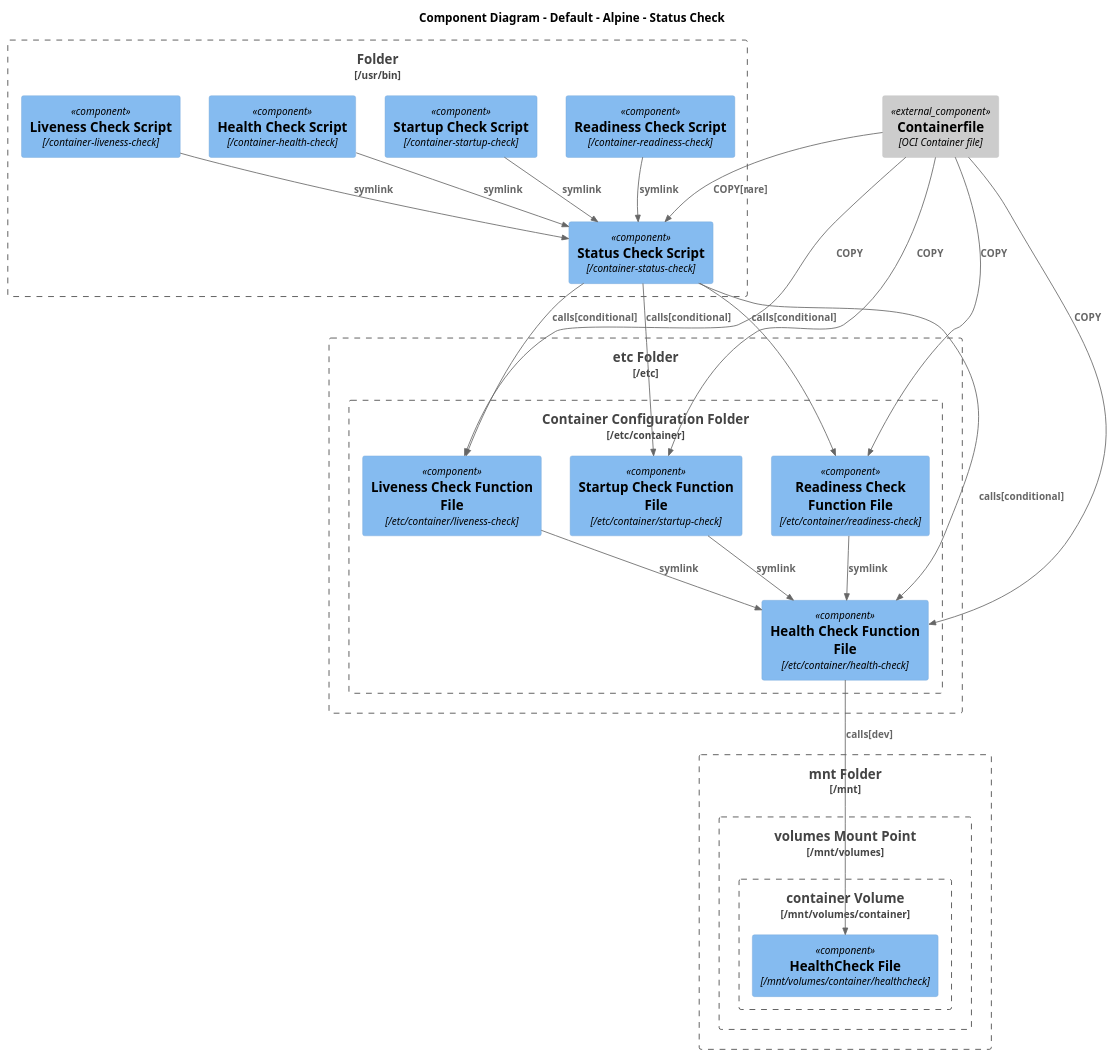
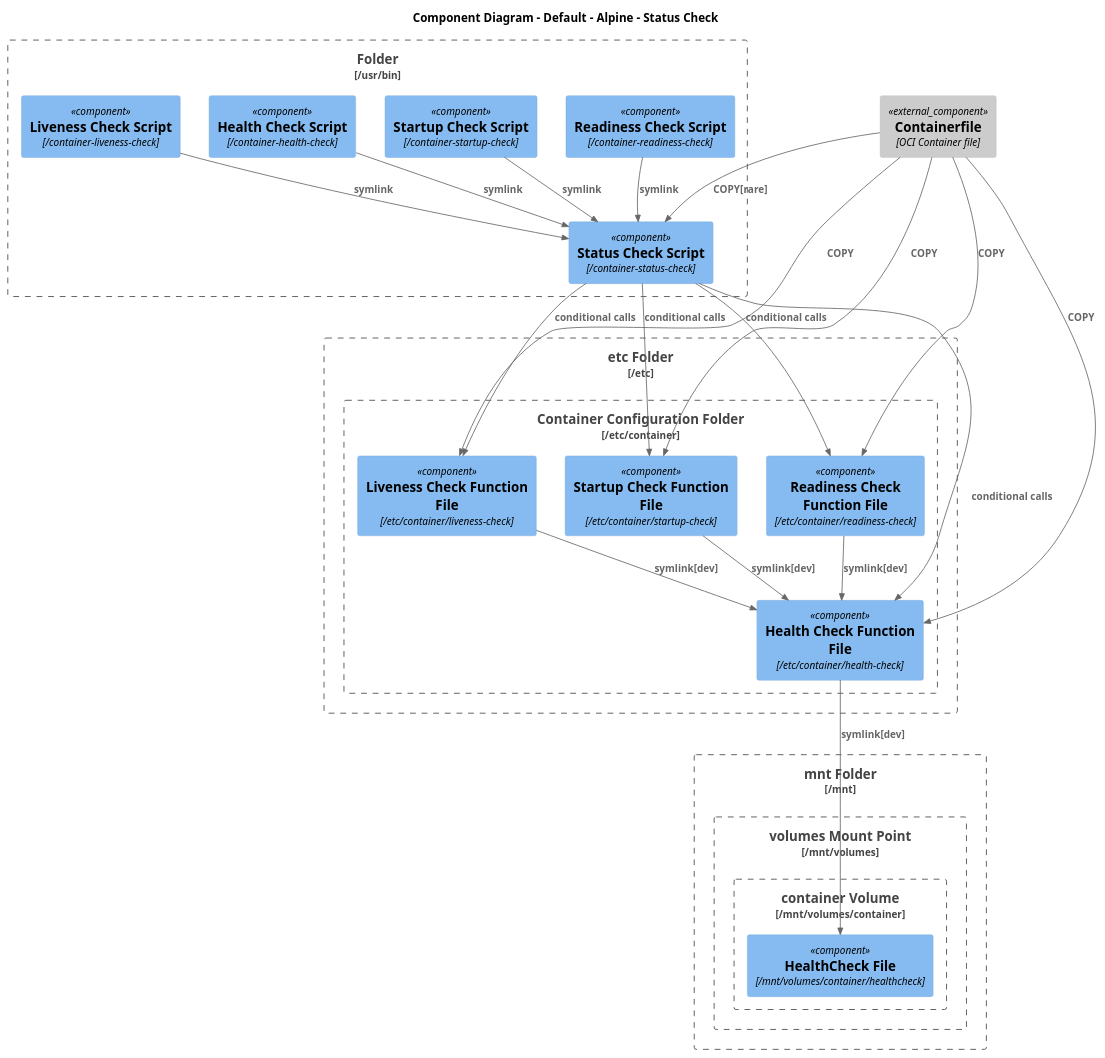
One commit to gautada/alpine changed the second of 4 diagrams in architecture.puml. Above: the diagram before and after it, drawn with PlantUML. The commit also changed other lines of this file and 14 other files, not shown here.

```diff
--- a/architecture.puml
+++ b/architecture.puml
@@ -74,60 +73,58 @@
 @startuml COMPONENT_CONTAINER_STATUS
 !include <C4/C4.puml>
 !include <C4/C4_Context.puml>
 !include <C4/C4_Container.puml>
 !include <C4/C4_Component.puml>
 !include <C4/C4_Dynamic.puml>
 !include <C4/C4_Deployment.puml>
 
 title "Component Diagram - Default - Alpine - Status Check"
 
 Component_Ext("containerfile", "Containerfile", "OCI Container file")
 
 Boundary("etc", "etc Folder", "/etc") {
  Boundary("container_configuration", "Container Configuration Folder", "/etc/container") {
   Component("health_check", "Health Check Function File", "/etc/container/health-check")
   Component("liveness_check", "Liveness Check Function File", "/etc/container/liveness-check")
   Component("readiness_check", "Readiness Check Function File", "/etc/container/readiness-check")
   Component("startup_check", "Startup Check Function File", "/etc/container/startup-check")
  }
 }
-Rel("startup_check", "health_check", "symlink")
-Rel("readiness_check", "health_check", "symlink")
-Rel("liveness_check", "health_check", "symlink")
+Rel("startup_check", "health_check", "symlink[dev]")
+Rel("readiness_check", "health_check", "symlink[dev]")
+Rel("liveness_check", "health_check", "symlink[dev]")
 
 Rel("containerfile", "health_check", "COPY")
 Rel("containerfile", "liveness_check", "COPY")
 Rel("containerfile", "readiness_check", "COPY")
 Rel("containerfile", "startup_check", "COPY")
 
 Boundary("scripts", "Folder", "/usr/bin") {
  Component("container_status_check", "Status Check Script", "/container-status-check")
  Component("container_health_check", "Health Check Script", "/container-health-check")
  Component("container_liveness_check", "Liveness Check Script", "/container-liveness-check")
  Component("container_readiness_check", "Readiness Check Script", "/container-readiness-check")
  Component("container_startup_check", "Startup Check Script", "/container-startup-check")
 }
 
 Rel("container_health_check", "container_status_check", "symlink")
 Rel("container_liveness_check", "container_status_check", "symlink")
 Rel("container_readiness_check", "container_status_check", "symlink")
 Rel("container_startup_check", "container_status_check", "symlink")
 
-Rel("container_status_check", "health_check", "calls[conditional]")
-Rel("container_status_check", "liveness_check", "calls[conditional]")
-Rel("container_status_check", "readiness_check", "calls[conditional]")
-Rel("container_status_check", "startup_check", "calls[conditional]")
+Rel("container_status_check", "health_check", "conditional calls")
+Rel("container_status_check", "liveness_check", "conditional calls")
+Rel("container_status_check", "readiness_check", "conditional calls")
+Rel("container_status_check", "startup_check", "conditional calls")
 
 Rel("containerfile", "container_status_check", "COPY[rare]")
-
 Boundary("mnt", "mnt Folder", "/mnt") {
  Boundary("volumes", "volumes Mount Point", "/mnt/volumes") {
   Boundary("container", "container Volume", "/mnt/volumes/container") {
    Component("healthcheck", "HealthCheck File", "/mnt/volumes/container/healthcheck")
   }
  }
 }
 
-Rel("health_check", "healthcheck", "calls[dev]")
-
+Rel("health_check", "healthcheck", "symlink[dev]")
 @enduml
```
